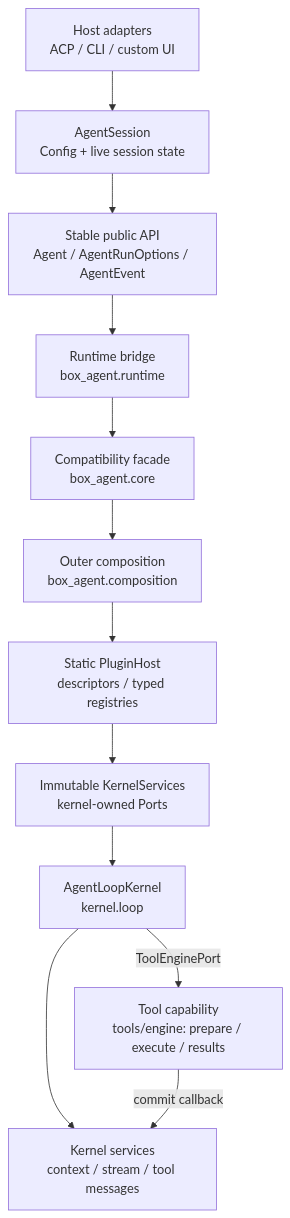
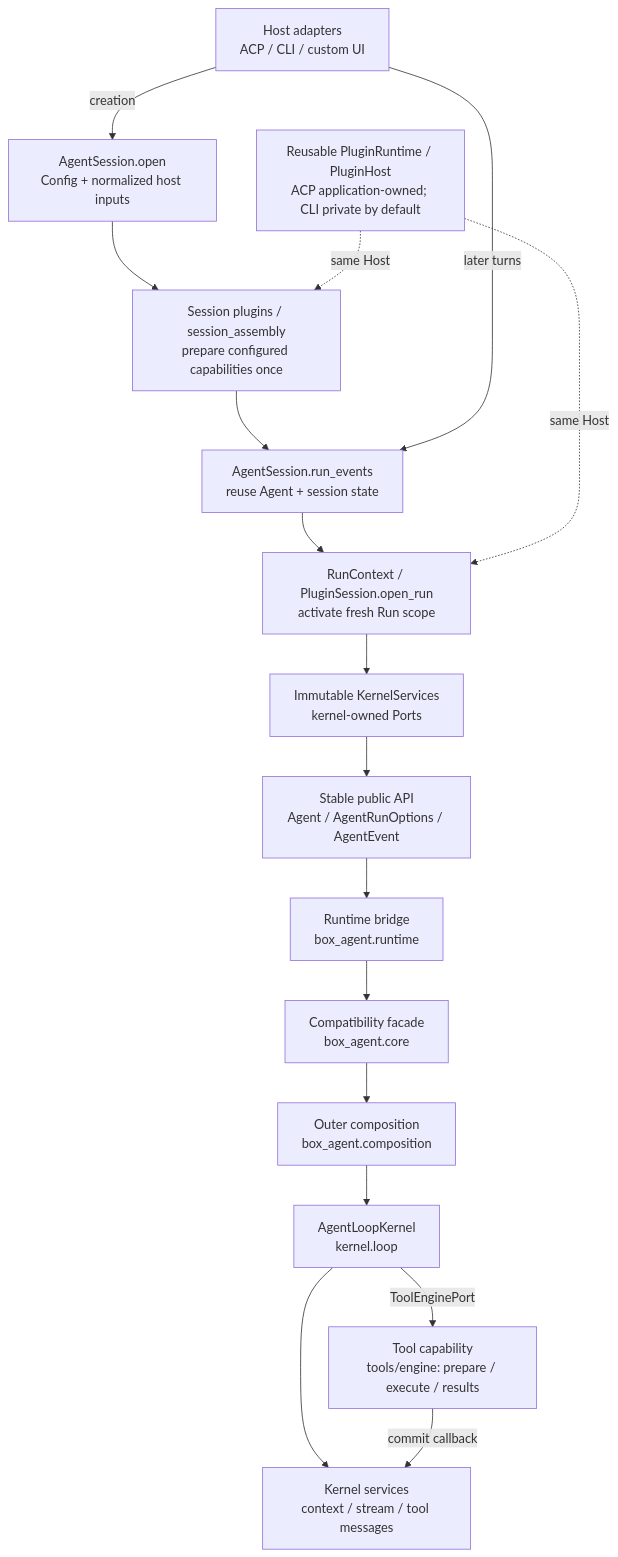
One commit to KRISACHAN/Box-Agent changed the diagram in docs/ARCHITECTURE.md. Above: the diagram before and after it, drawn with Mermaid. The commit also changed other lines of this file and 32 other files, not shown here.

Commit message:
refactor(session): manage capability assembly through scoped plugins

````diff
--- a/docs/ARCHITECTURE.md
+++ b/docs/ARCHITECTURE.md
@@ -9,18 +9,25 @@
 ```mermaid
 flowchart TB
     H["Host adapters<br/>ACP / CLI / custom UI"]
-    SS["AgentSession<br/>Config + live session state"]
+    OPEN["AgentSession.open<br/>Config + normalized host inputs"]
+    PREP["Session plugins / session_assembly<br/>prepare configured capabilities once"]
+    SS["AgentSession.run_events<br/>reuse Agent + session state"]
     A["Stable public API<br/>Agent / AgentRunOptions / AgentEvent"]
     R["Runtime bridge<br/>box_agent.runtime"]
     C["Compatibility facade<br/>box_agent.core"]
     O["Outer composition<br/>box_agent.composition"]
-    P["Static PluginHost<br/>descriptors / typed registries"]
+    P["Reusable PluginRuntime / PluginHost<br/>ACP application-owned; CLI private by default"]
+    RUN["RunContext / PluginSession.open_run<br/>activate fresh Run scope"]
     S["Immutable KernelServices<br/>kernel-owned Ports"]
     L["AgentLoopKernel<br/>kernel.loop"]
     E["Kernel services<br/>context / stream / tool messages"]
     T["Tool capability<br/>tools/engine: prepare / execute / results"]
 
-    H --> SS --> A --> R --> C --> O --> P --> S --> L --> E
+    H -->|creation| OPEN --> PREP --> SS
+    H -->|later turns| SS
+    SS --> RUN --> S --> A --> R --> C --> O --> L --> E
+    P -.->|same Host| PREP
+    P -.->|same Host| RUN
     L -->|ToolEnginePort| T
     T -->|commit callback| E
 ```
````
